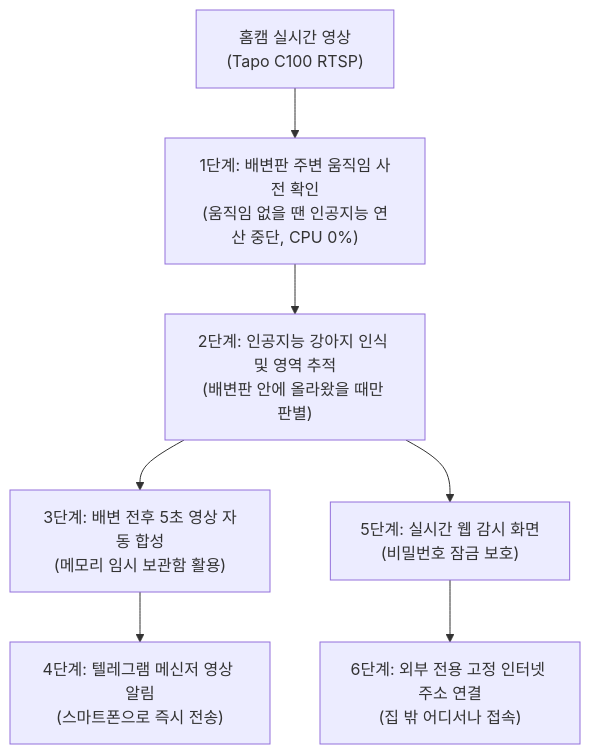
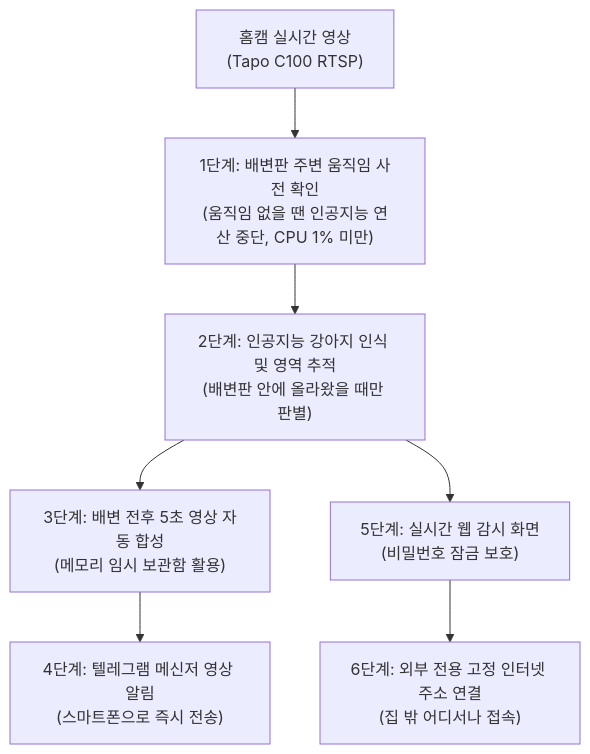
Before and after one commit to tohichoi/soonsim-detector: the diagram in docs/PROJECT-PROMOTION.md, drawn with Mermaid. The commit also changed other lines of this file and 5 other files, not shown here.

````diff
--- a/docs/PROJECT-PROMOTION.md
+++ b/docs/PROJECT-PROMOTION.md
@@ -22,9 +22,9 @@
 ```mermaid
 flowchart TD
-    A["홈캠 실시간 영상<br/>(Tapo C100 RTSP)"] --> B["1단계: 배변판 주변 움직임 사전 확인<br/>(움직임 없을 땐 인공지능 연산 중단, CPU 0%)"]
+    A["홈캠 실시간 영상<br/>(Tapo C100 RTSP)"] --> B["1단계: 배변판 주변 움직임 사전 확인<br/>(움직임 없을 땐 인공지능 연산 중단, CPU 1% 미만)"]
     B --> C["2단계: 인공지능 강아지 인식 및 영역 추적<br/>(배변판 안에 올라왔을 때만 판별)"]
     C --> D["3단계: 배변 전후 5초 영상 자동 합성<br/>(메모리 임시 보관함 활용)"]
     D --> E["4단계: 텔레그램 메신저 영상 알림<br/>(스마트폰으로 즉시 전송)"]
     C --> F["5단계: 실시간 웹 감시 화면<br/>(비밀번호 잠금 보호)"]
     F --> G["6단계: 외부 전용 고정 인터넷 주소 연결<br/>(집 밖 어디서나 접속)"]
 ```
````
